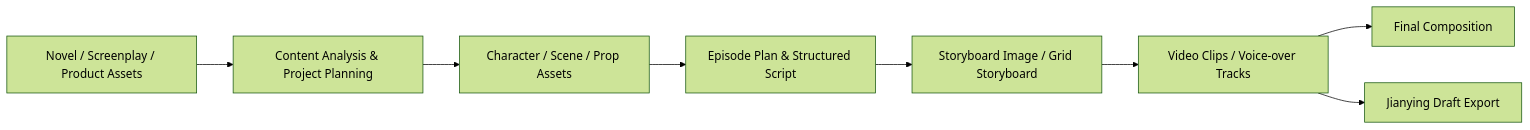
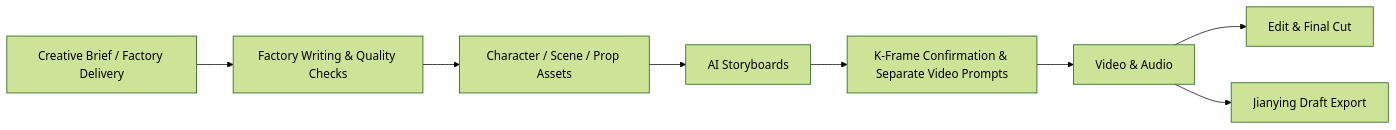
Before and after one commit to myvivk/ArcReel-main: the diagram in README.en.md, drawn with Mermaid (forest theme). The commit also changed other lines of this file and 753 other files, not shown here.

````diff
--- a/README.en.md
+++ b/README.en.md
@@ -128,10 +124,10 @@
 ```mermaid
 flowchart LR
-    A["Novel / Screenplay / Product Assets"] --> B["Content Analysis & Project Planning"]
+    A["Creative Brief / Factory Delivery"] --> B["Factory Writing & Quality Checks"]
     B --> C["Character / Scene / Prop Assets"]
-    C --> D["Episode Plan & Structured Script"]
-    D --> E["Storyboard Image / Grid Storyboard"]
-    E --> F["Video Clips / Voice-over Tracks"]
-    F --> G["Final Composition"]
+    C --> D["AI Storyboards"]
+    D --> E["K-Frame Confirmation & Separate Video Prompts"]
+    E --> F["Video & Audio"]
+    F --> G["Edit & Final Cut"]
     F --> H["Jianying Draft Export"]
 ```
````
